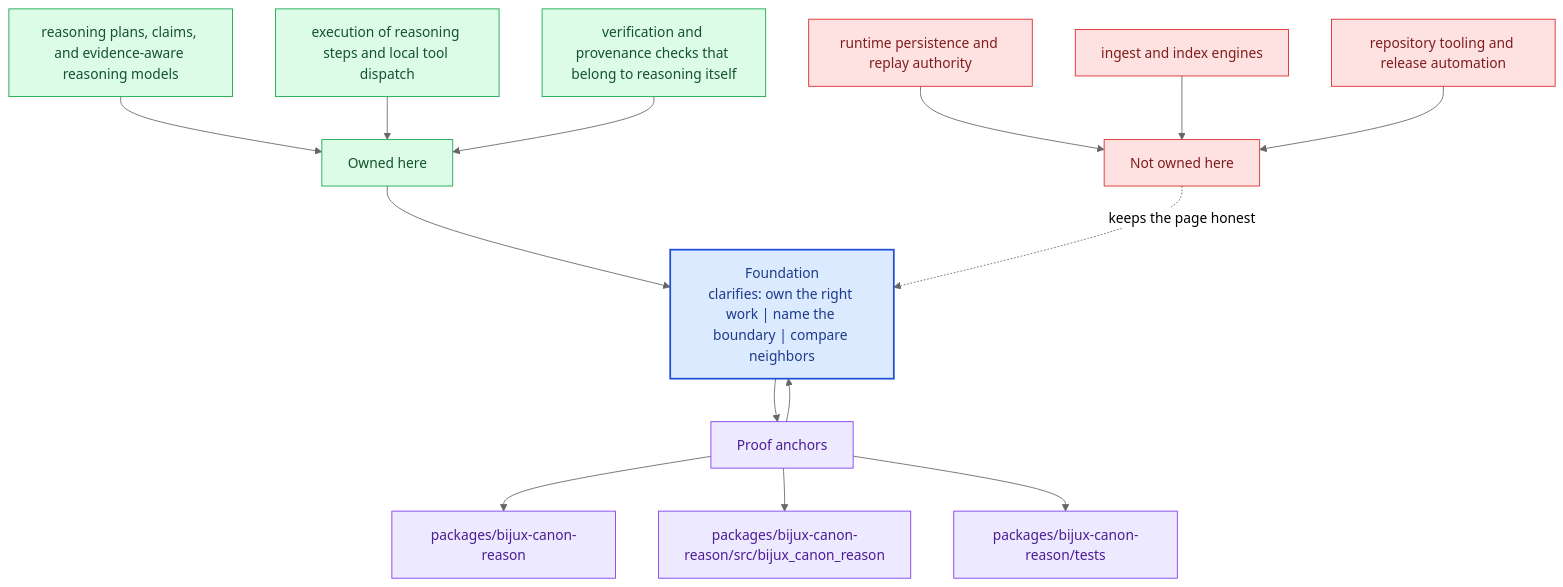
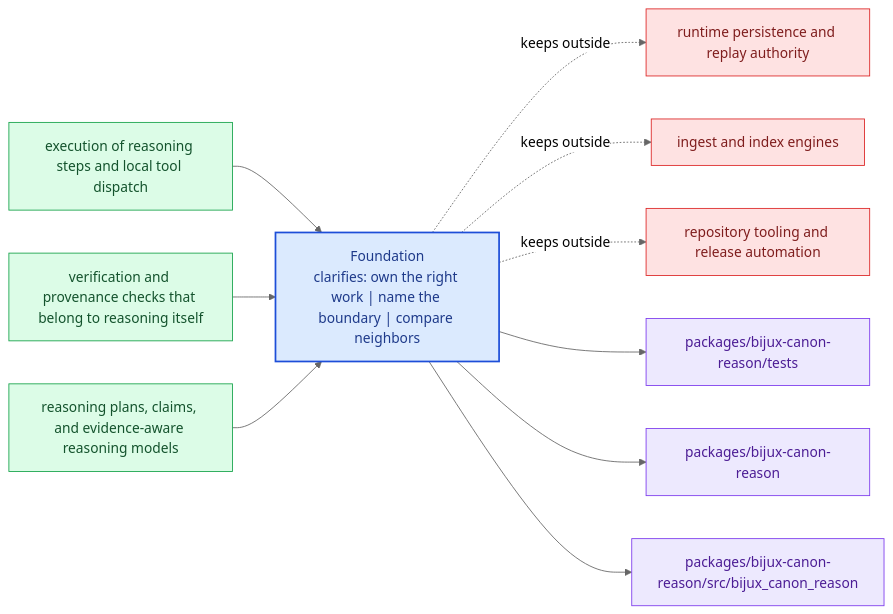
The diagram in docs/bijux-canon-reason/foundation/index.md (bijux/bijux-canon), drawn with Mermaid (neutral theme) before and after one commit. The commit also changed other lines of this file and 281 other files, not shown here.

Commit message:
docs(diagrams): replace repeated mermaid scaffolds with page-specific summaries

````diff
--- a/docs/bijux-canon-reason/foundation/index.md
+++ b/docs/bijux-canon-reason/foundation/index.md
@@ -65,40 +20,31 @@
 ```mermaid
-flowchart TB
-    promise["Foundation<br/>clarifies: own the right work | name the boundary | compare neighbors"]
-    classDef promise fill:#dbeafe,stroke:#1d4ed8,color:#1e3a8a,stroke-width:2px;
-    classDef driver fill:#dcfce7,stroke:#16a34a,color:#14532d;
-    classDef constraint fill:#fee2e2,stroke:#dc2626,color:#7f1d1d;
-    classDef ground fill:#ede9fe,stroke:#7c3aed,color:#4c1d95;
-    focus1["Owned here"]
-    focus1 --> promise
-    focus1_1["reasoning plans, claims, and evidence-aware reasoning models"]
-    focus1_1 --> focus1
-    focus1_2["execution of reasoning steps and local tool dispatch"]
-    focus1_2 --> focus1
-    focus1_3["verification and provenance checks that belong to reasoning itself"]
-    focus1_3 --> focus1
-    class focus1 driver;
-    class focus1_1,focus1_2,focus1_3 driver;
-    focus2["Not owned here"]
-    focus2 -.keeps the page honest.-> promise
-    focus2_1["runtime persistence and replay authority"]
-    focus2_1 --> focus2
-    focus2_2["ingest and index engines"]
-    focus2_2 --> focus2
-    focus2_3["repository tooling and release automation"]
-    focus2_3 --> focus2
-    class focus2 constraint;
-    class focus2_1,focus2_2,focus2_3 constraint;
-    focus3["Proof anchors"]
-    focus3 --> promise
-    promise --> focus3
-    focus3_1["packages/bijux-canon-reason"]
-    focus3 --> focus3_1
-    focus3_2["packages/bijux-canon-reason/src/bijux_canon_reason"]
-    focus3 --> focus3_2
-    focus3_3["packages/bijux-canon-reason/tests"]
-    focus3 --> focus3_3
-    class focus3 ground;
-    class focus3_1,focus3_2,focus3_3 ground;
-    class promise promise;
+flowchart LR
+    page["Foundation<br/>clarifies: own the right work | name the boundary | compare neighbors"]
+    classDef page fill:#dbeafe,stroke:#1d4ed8,color:#1e3a8a,stroke-width:2px;
+    classDef positive fill:#dcfce7,stroke:#16a34a,color:#14532d;
+    classDef caution fill:#fee2e2,stroke:#dc2626,color:#7f1d1d;
+    classDef anchor fill:#ede9fe,stroke:#7c3aed,color:#4c1d95;
+    classDef action fill:#fef3c7,stroke:#d97706,color:#7c2d12;
+    own1["execution of reasoning steps and local tool dispatch"]
+    own1 --> page
+    own2["verification and provenance checks that belong to reasoning itself"]
+    own2 --> page
+    own3["reasoning plans, claims, and evidence-aware reasoning models"]
+    own3 --> page
+    limit1["runtime persistence and replay authority"]
+    page -.keeps outside.-> limit1
+    limit2["ingest and index engines"]
+    page -.keeps outside.-> limit2
+    limit3["repository tooling and release automation"]
+    page -.keeps outside.-> limit3
+    anchor1["packages/bijux-canon-reason/tests"]
+    page --> anchor1
+    anchor2["packages/bijux-canon-reason"]
+    page --> anchor2
+    anchor3["packages/bijux-canon-reason/src/bijux_canon_reason"]
+    page --> anchor3
+    class page page;
+    class own1,own2,own3 positive;
+    class limit1,limit2,limit3 caution;
+    class anchor1,anchor2,anchor3 anchor;
 ```
````
